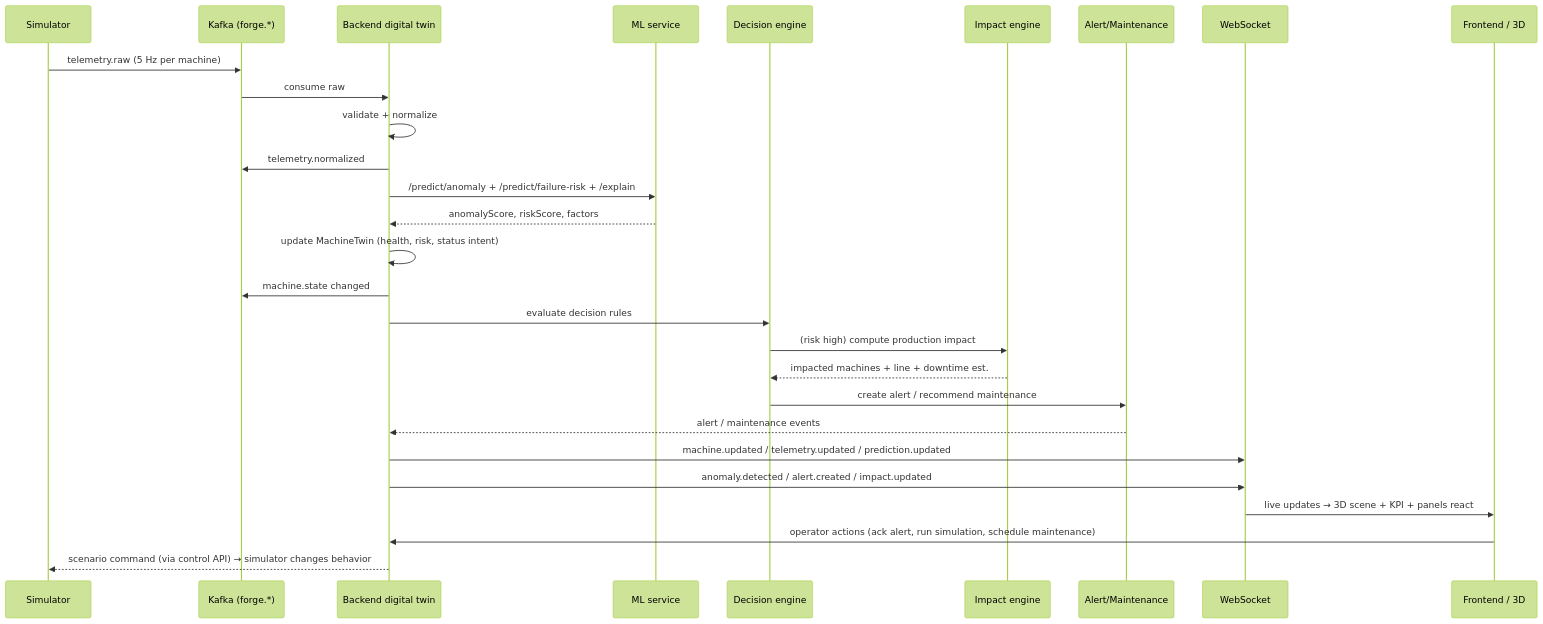
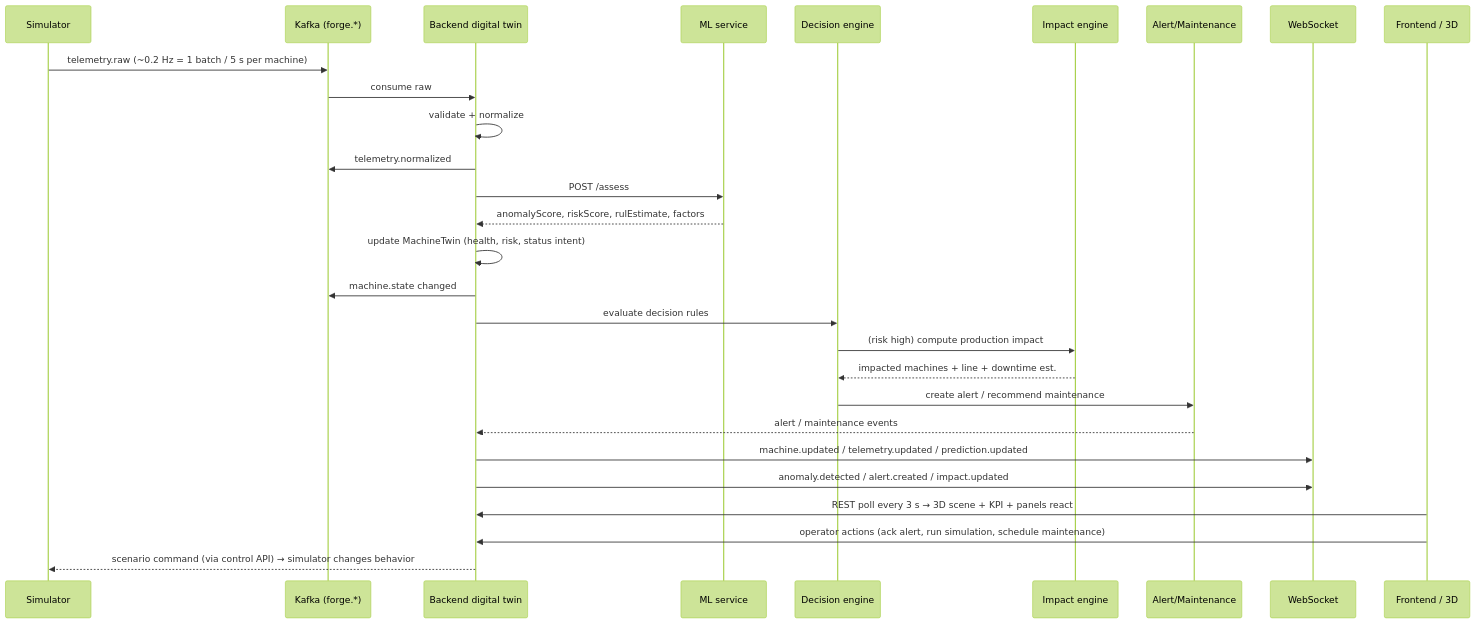
The diagram in docs/DATA_FLOW.md (karkalashivareddy/forgesense-industrial-intelligence), drawn with Mermaid (forest theme) before and after one commit. The commit also changed other lines of this file and 58 other files, not shown here.

````diff
--- a/docs/DATA_FLOW.md
+++ b/docs/DATA_FLOW.md
@@ -8,31 +8,31 @@
 ```mermaid
 sequenceDiagram
     participant S as Simulator
     participant K as Kafka (forge.*)
     participant B as Backend digital twin
     participant M as ML service
     participant D as Decision engine
     participant I as Impact engine
     participant A as Alert/Maintenance
     participant W as WebSocket
     participant F as Frontend / 3D
 
-    S->>K: telemetry.raw (5 Hz per machine)
+    S->>K: telemetry.raw (~0.2 Hz = 1 batch / 5 s per machine)
     K->>B: consume raw
     B->>B: validate + normalize
     B->>K: telemetry.normalized
-    B->>M: /predict/anomaly + /predict/failure-risk + /explain
-    M-->>B: anomalyScore, riskScore, factors
+    B->>M: POST /assess
+    M-->>B: anomalyScore, riskScore, rulEstimate, factors
     B->>B: update MachineTwin (health, risk, status intent)
     B->>K: machine.state changed
     B->>D: evaluate decision rules
     D->>I: (risk high) compute production impact
     I-->>D: impacted machines + line + downtime est.
     D->>A: create alert / recommend maintenance
     A-->>B: alert / maintenance events
     B->>W: machine.updated / telemetry.updated / prediction.updated
     B->>W: anomaly.detected / alert.created / impact.updated
-    W->>F: live updates → 3D scene + KPI + panels react
+    F->>B: REST poll every 3 s → 3D scene + KPI + panels react
     F->>B: operator actions (ack alert, run simulation, schedule maintenance)
     B-->>S: scenario command (via control API) → simulator changes behavior
 ```
````
